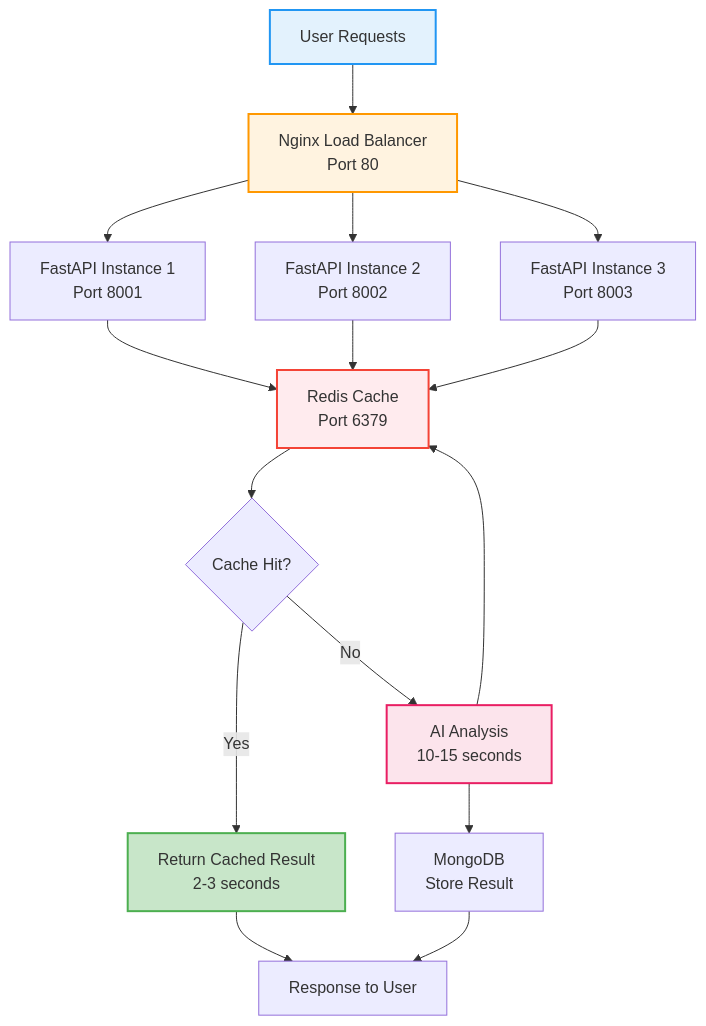
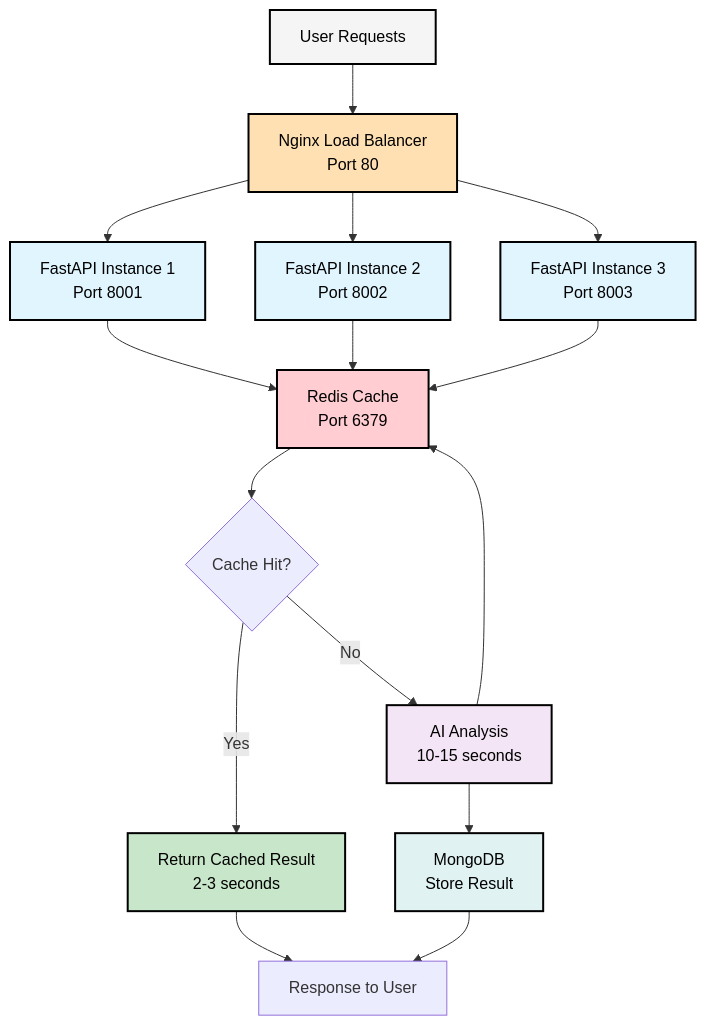
Before and after one commit to AbhishekGiri04/SATYA-DRISHTI: the third of 7 diagrams in docs/round2/ROUND2_IMPROVEMENTS.md, drawn with Mermaid. The commit also changed other lines of this file and 1 other file, not shown here.

````diff
--- a/docs/round2/ROUND2_IMPROVEMENTS.md
+++ b/docs/round2/ROUND2_IMPROVEMENTS.md
@@ -291,26 +296,30 @@
 ```mermaid
 graph TD
     A[User Requests] --> B[Nginx Load Balancer<br/>Port 80]
     B --> C[FastAPI Instance 1<br/>Port 8001]
     B --> D[FastAPI Instance 2<br/>Port 8002]
     B --> E[FastAPI Instance 3<br/>Port 8003]
     
     C --> F[Redis Cache<br/>Port 6379]
     D --> F
     E --> F
     
     F --> G{Cache Hit?}
     G -->|Yes| H[Return Cached Result<br/>2-3 seconds]
     G -->|No| I[AI Analysis<br/>10-15 seconds]
     
     I --> J[MongoDB<br/>Store Result]
     I --> F
     J --> K[Response to User]
     H --> K
     
-    style A fill:#E3F2FD,stroke:#2196F3,stroke-width:2px
-    style B fill:#FFF3E0,stroke:#FF9800,stroke-width:2px
-    style F fill:#FFEBEE,stroke:#F44336,stroke-width:2px
-    style H fill:#C8E6C9,stroke:#4CAF50,stroke-width:2px
-    style I fill:#FCE4EC,stroke:#E91E63,stroke-width:2px
+    style A fill:#F5F5F5,stroke:#000,stroke-width:2px,color:#000
+    style B fill:#FFE0B2,stroke:#000,stroke-width:2px,color:#000
+    style C fill:#E1F5FE,stroke:#000,stroke-width:2px,color:#000
+    style D fill:#E1F5FE,stroke:#000,stroke-width:2px,color:#000
+    style E fill:#E1F5FE,stroke:#000,stroke-width:2px,color:#000
+    style F fill:#FFCDD2,stroke:#000,stroke-width:2px,color:#000
+    style H fill:#C8E6C9,stroke:#000,stroke-width:2px,color:#000
+    style I fill:#F3E5F5,stroke:#000,stroke-width:2px,color:#000
+    style J fill:#E0F2F1,stroke:#000,stroke-width:2px,color:#000
 ```
````
